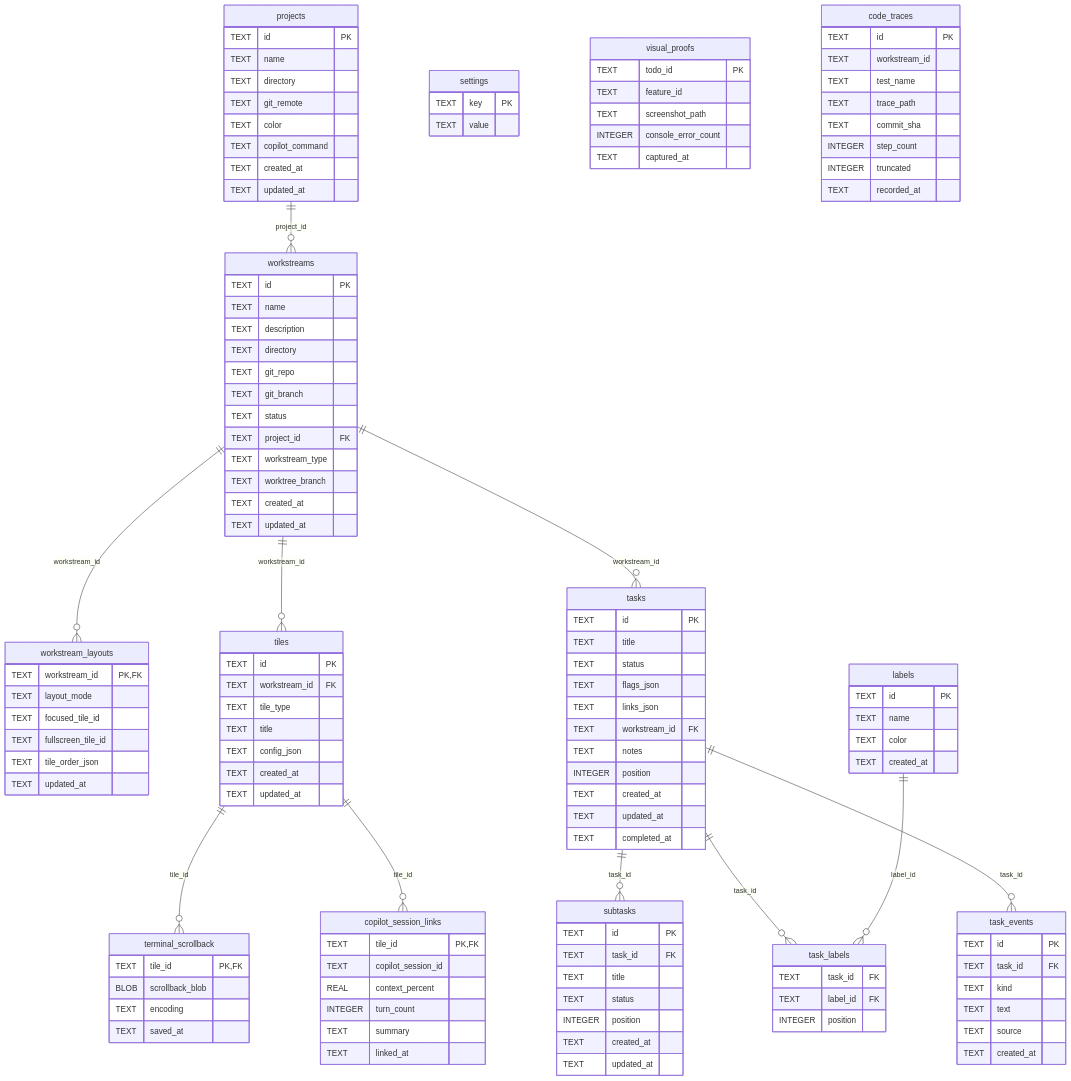
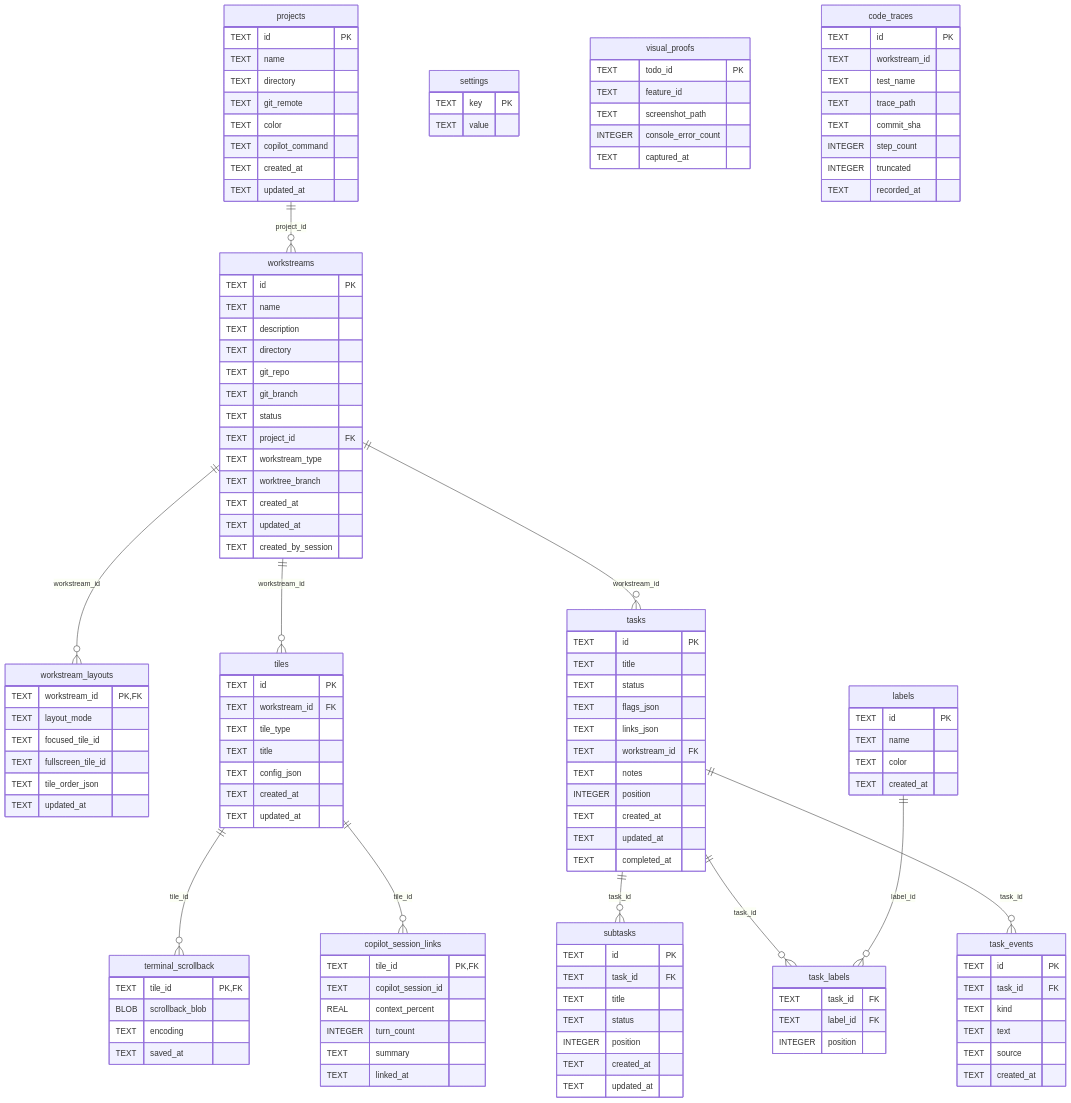
Before and after one commit to alejandroechev/workstreams: the diagram in docs/db-model.md, drawn with Mermaid. The commit also changed other lines of this file and 6 other files, not shown here.

```diff
--- a/docs/db-model.md
+++ b/docs/db-model.md
@@ -50,6 +50,7 @@
     TEXT worktree_branch
     TEXT created_at
     TEXT updated_at
+    TEXT created_by_session
   }
   workstream_layouts {
     TEXT workstream_id PK,FK
```
